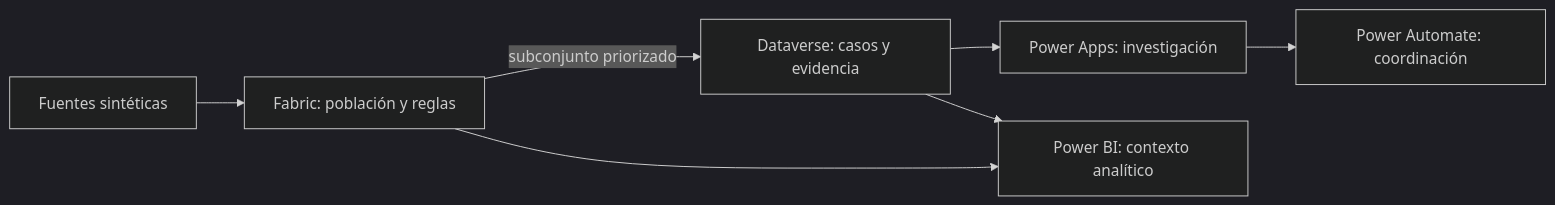
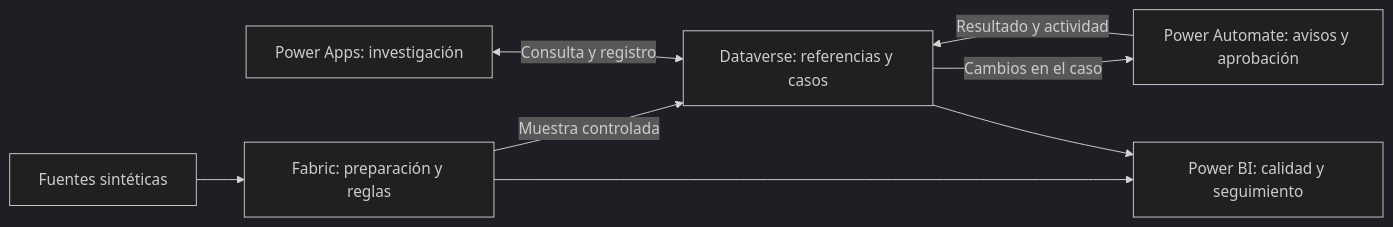
The diagram in projects/hr-data-quality-lifecycle-workbench/docs/technical-overview.es.md (MiguelPR-99/people-analytics-portfolio), drawn with Mermaid (dark theme) before and after one commit. The commit also changed other lines of this file and 20 other files, not shown here.

````diff
--- a/projects/hr-data-quality-lifecycle-workbench/docs/technical-overview.es.md
+++ b/projects/hr-data-quality-lifecycle-workbench/docs/technical-overview.es.md
@@ -16,9 +7,10 @@
 ```mermaid
 flowchart LR
-    S[Fuentes sintéticas] --> F[Fabric: población y reglas]
-    F -->|subconjunto priorizado| D[Dataverse: casos y evidencia]
-    D --> A[Power Apps: investigación]
-    A --> P[Power Automate: coordinación]
-    F --> B[Power BI: contexto analítico]
+    S["Fuentes sintéticas"] --> F["Fabric: preparación y reglas"]
+    F -->|"Muestra controlada"| D["Dataverse: referencias y casos"]
+    A["Power Apps: investigación"] <-->|"Consulta y registro"| D
+    D -->|"Cambios en el caso"| P["Power Automate: avisos y aprobación"]
+    P -->|"Resultado y actividad"| D
+    F --> B["Power BI: calidad y seguimiento"]
     D --> B
 ```
````
